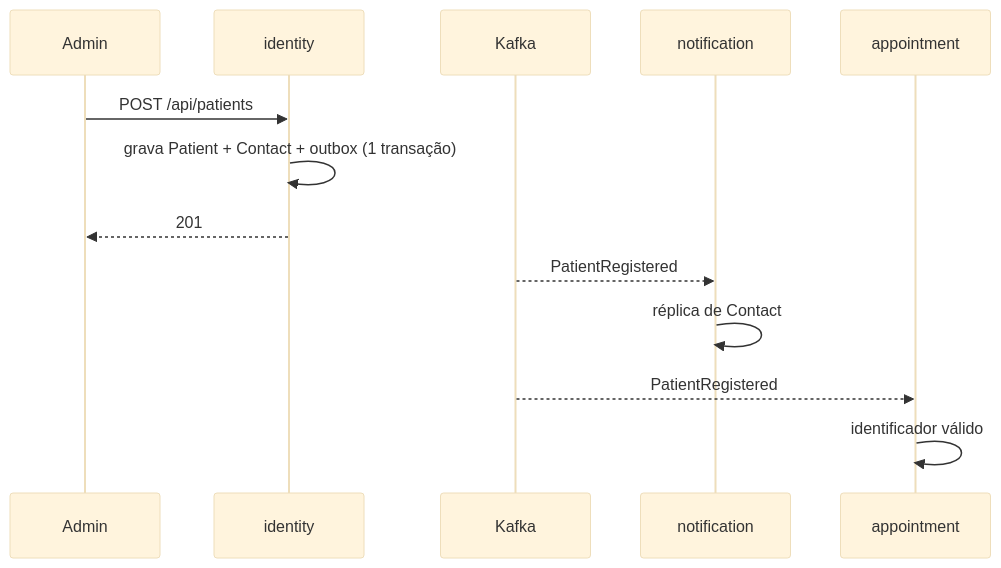
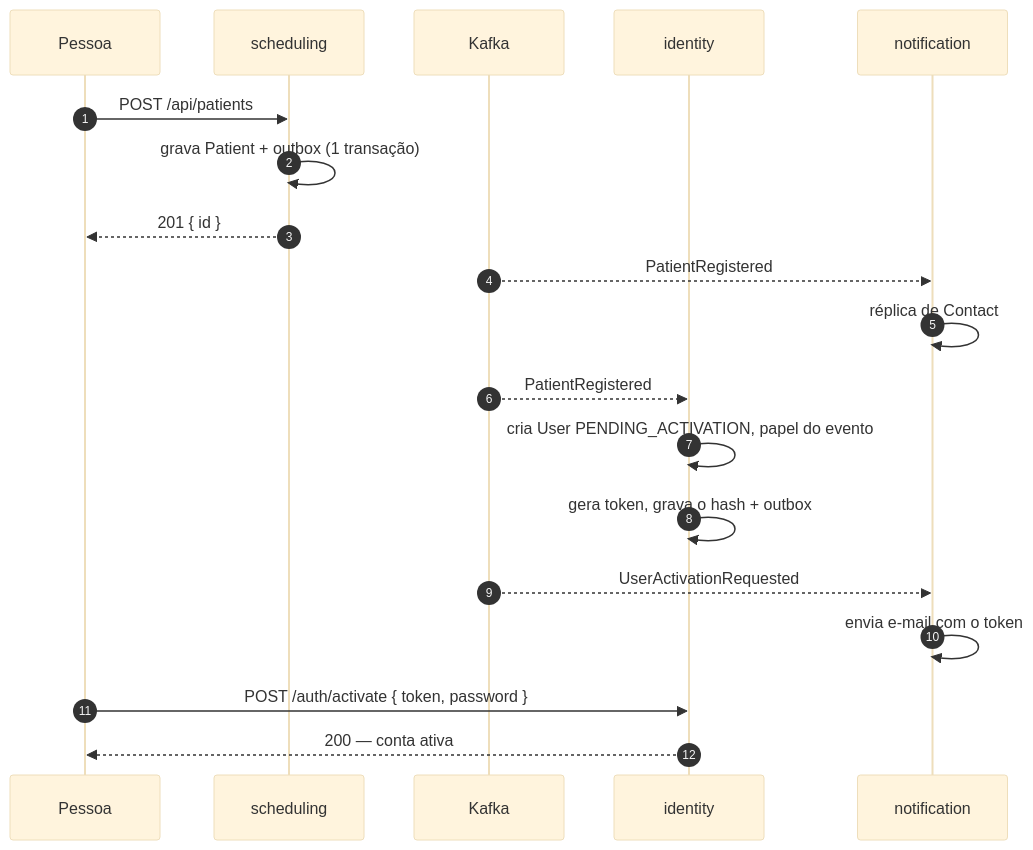
Before and after one commit to Team-2-FIAP-12ADJT/hospital-management: the fifth of 8 diagrams in docs/system-design.md, drawn with Mermaid (base theme). The commit also changed other lines of this file and 21 other files, not shown here.

First line of the commit message:
Refactor system architecture and documentation

````diff
--- a/docs/system-design.md
+++ b/docs/system-design.md
@@ -312,16 +540,25 @@
 ```mermaid
 sequenceDiagram
-    participant Adm as Admin
+    autonumber
+    participant P as Pessoa
+    participant S as scheduling
+    participant K as Kafka
     participant I as identity
-    participant K as Kafka
     participant N as notification
-    participant A as appointment
 
-    Adm->>I: POST /api/patients
-    I->>I: grava Patient + Contact + outbox (1 transação)
-    I-->>Adm: 201
+    P->>S: POST /api/patients
+    S->>S: grava Patient + outbox (1 transação)
+    S-->>P: 201 { id }
+
     K-->>N: PatientRegistered
     N->>N: réplica de Contact
-    K-->>A: PatientRegistered
-    A->>A: identificador válido
+    K-->>I: PatientRegistered
+    I->>I: cria User PENDING_ACTIVATION, papel do evento
+    I->>I: gera token, grava o hash + outbox
+
+    K-->>N: UserActivationRequested
+    N->>N: envia e-mail com o token
+
+    P->>I: POST /auth/activate { token, password }
+    I-->>P: 200 — conta ativa
 ```
````
